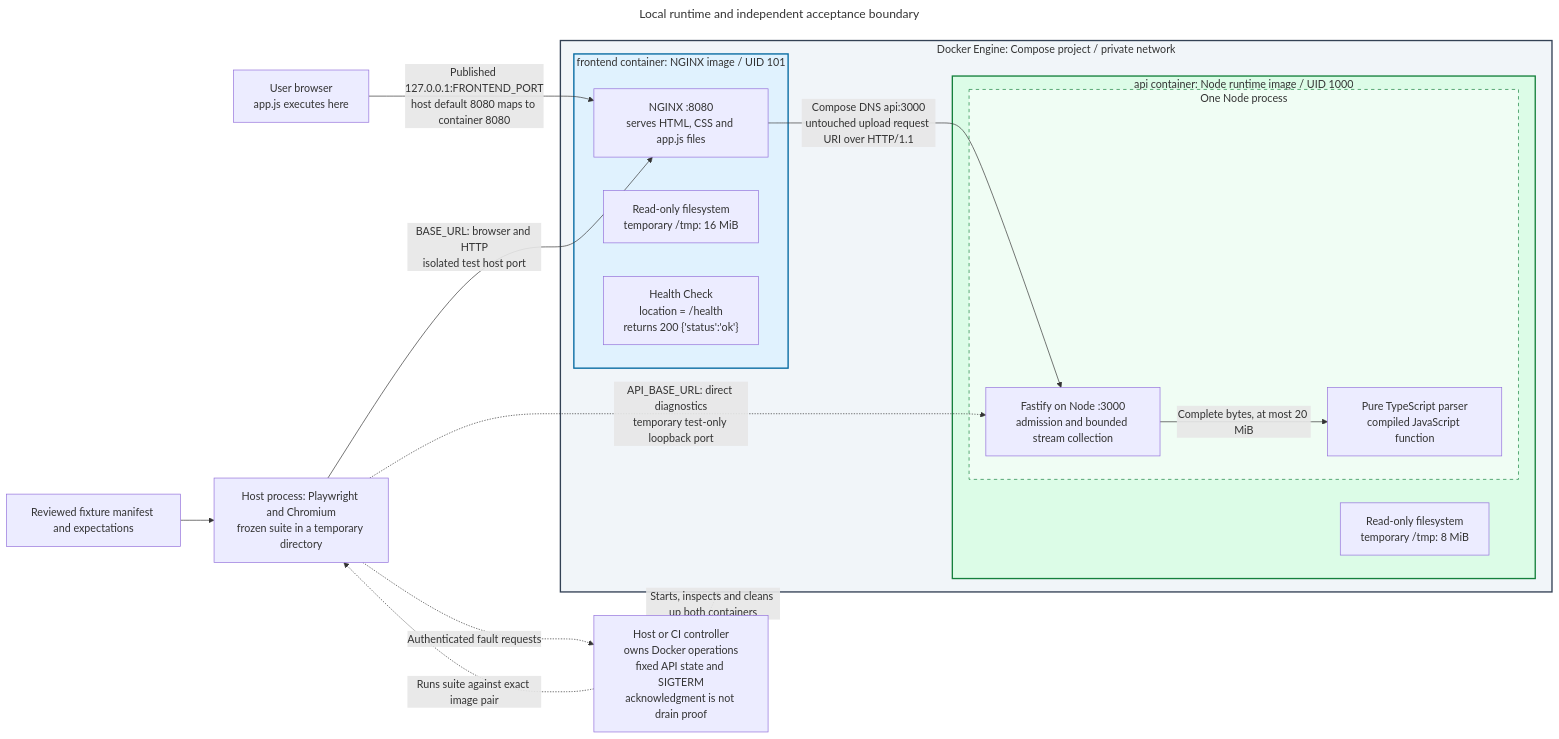
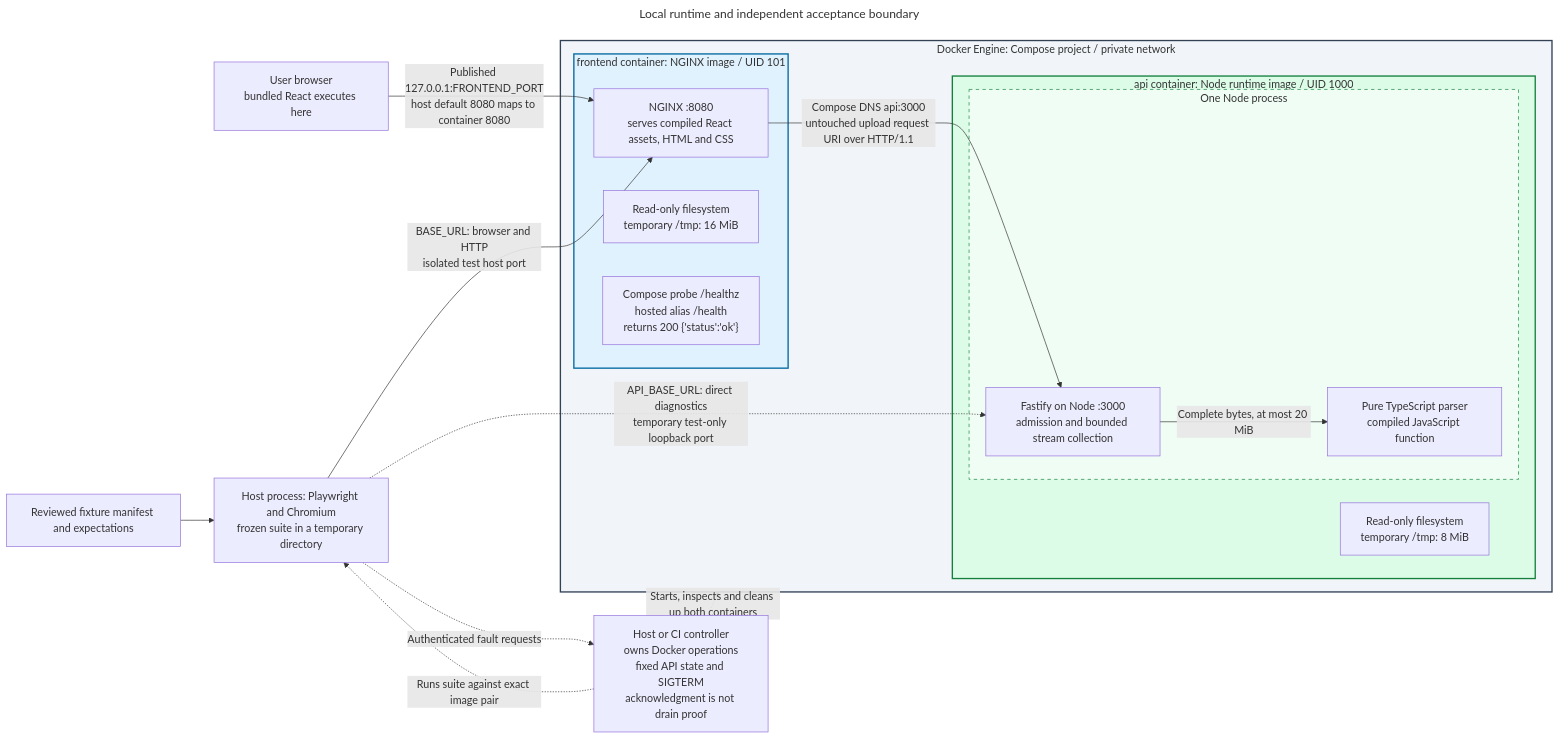
The diagram in docs/architecture/diagrams/runtime.mmd (brobro10000/mp3-frame-counter), drawn with Mermaid before and after one commit. The commit also changed 26 other files, not shown here.

Commit message:
feat(frontend): ship typed React and a local release handoff

```diff
--- a/docs/architecture/diagrams/runtime.mmd
+++ b/docs/architecture/diagrams/runtime.mmd
@@ -1,55 +1,57 @@
 ---
 title: Local runtime and independent acceptance boundary
 query: >-
   Show Docker wrapping exactly two independently built application images as
   Compose containers. Nest NGINX and its static assets inside the frontend
   container, and Fastify transport plus parser inside one Node process in the
   API container. Put both containers inside Docker's Compose network. Keep
-  browser JavaScript, the host controller and extracted Playwright/Chromium
+  browser React, the host controller and extracted Playwright/Chromium
   runner outside Docker. Distinguish published loopback host port from internal
   frontend port 8080 and private API port 3000, with a separate test-only
   loopback binding for direct API diagnostics. Show source-defined runtime
   users, read-only filesystems, temporary mounts and bounded in-process parsing.
   Do not imply a third parser/test container, Node frontend runtime or cloud
   deployment. Keep fixed API lifecycle readback and SIGTERM inside the host
   controller; command acknowledgment does not prove graceful drain.
 references:
   - 'File: /compose.yaml'
   - 'File: /frontend/Dockerfile'
+  - 'File: /frontend/src/App.tsx'
+  - 'File: /frontend/vite.config.ts'
   - 'File: /frontend/nginx.conf.template'
   - 'File: /server/Dockerfile'
   - 'File: /server/src/http.ts'
   - 'File: /server/src/mp3.ts'
   - 'File: /scripts/run-e2e.mjs'
   - 'File: /scripts/e2e-controller.mjs'
 generationTime: '2026-10-11T12:48:33.916Z'
 ---
 flowchart LR
-    B["User browser<br/>app.js executes here"]
+    B["User browser<br/>bundled React executes here"]
     subgraph DOCKER["Docker Engine: Compose project / private network"]
         subgraph FRONT["frontend container: NGINX image / UID 101"]
-            F["NGINX :8080<br/>serves HTML, CSS and app.js files"]
+            F["NGINX :8080<br/>serves compiled React assets, HTML and CSS"]
             FS["Read-only filesystem<br/>temporary /tmp: 16 MiB"]
-            H["Health Check<br/>location = /health<br/>returns 200 {'status':'ok'}"]
+            H["Compose probe /healthz<br/>hosted alias /health<br/>returns 200 {'status':'ok'}"]
         end
         subgraph BACK["api container: Node runtime image / UID 1000"]
             subgraph NODE["One Node process"]
                 A["Fastify on Node :3000<br/>admission and bounded stream collection"]
                 P["Pure TypeScript parser<br/>compiled JavaScript function"]
                 A -->|"Complete bytes, at most 20 MiB"| P
             end
             AS["Read-only filesystem<br/>temporary /tmp: 8 MiB"]
         end
         F -->|"Compose DNS api:3000<br/>untouched upload request URI over HTTP/1.1"| A
     end
     B -->|"Published 127.0.0.1:FRONTEND_PORT<br/>host default 8080 maps to container 8080"| F
     T["Host process: Playwright and Chromium<br/>frozen suite in a temporary directory"] -->|"BASE_URL: browser and HTTP<br/>isolated test host port"| F
     T -.->|"API_BASE_URL: direct diagnostics<br/>temporary test-only loopback port"| A
     O["Reviewed fixture manifest and expectations"] --> T
     C["Host or CI controller<br/>owns Docker operations<br/>fixed API state and SIGTERM<br/>acknowledgment is not drain proof"] -.->|"Starts, inspects and cleans up both containers"| DOCKER
     C -.->|"Runs suite against exact image pair"| T
     T -.->|"Authenticated fault requests"| C
     style DOCKER fill:#f1f5f9,stroke:#334155,stroke-width:2px
     style FRONT fill:#e0f2fe,stroke:#0369a1,stroke-width:2px
     style BACK fill:#dcfce7,stroke:#15803d,stroke-width:2px
     style NODE fill:#f0fdf4,stroke:#15803d,stroke-dasharray:5 5
```
